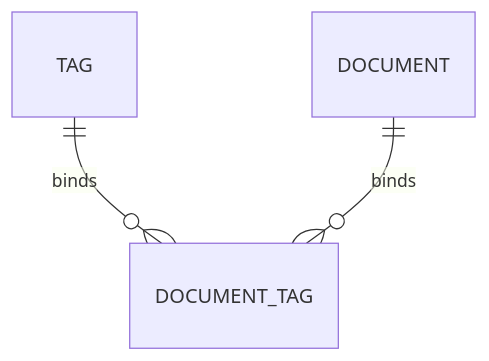
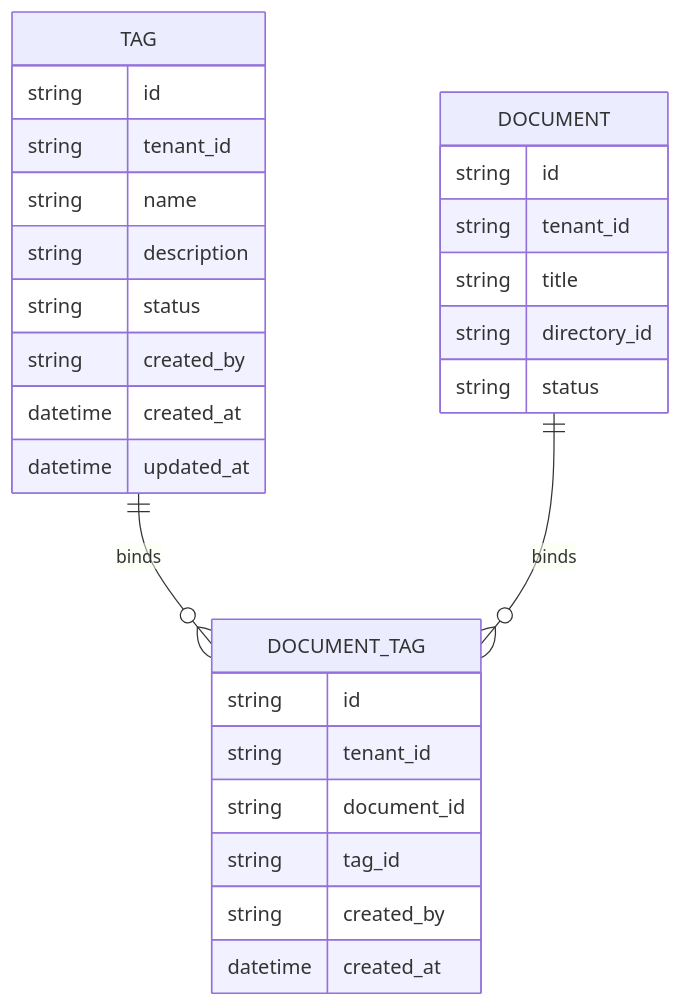
Before and after one commit to ZengMC-22381/ToB_PM_Skill: the first of 4 diagrams in examples/label-management-prd.md, drawn with Mermaid. The commit also changed other lines of this file and 9 other files, not shown here.

````diff
--- a/examples/label-management-prd.md
+++ b/examples/label-management-prd.md
@@ -46,5 +138,33 @@
 ```mermaid
 erDiagram
+    TAG {
+        string id
+        string tenant_id
+        string name
+        string description
+        string status
+        string created_by
+        datetime created_at
+        datetime updated_at
+    }
+
+    DOCUMENT {
+        string id
+        string tenant_id
+        string title
+        string directory_id
+        string status
+    }
+
+    DOCUMENT_TAG {
+        string id
+        string tenant_id
+        string document_id
+        string tag_id
+        string created_by
+        datetime created_at
+    }
+
     TAG ||--o{ DOCUMENT_TAG : binds
     DOCUMENT ||--o{ DOCUMENT_TAG : binds
 ```
````
